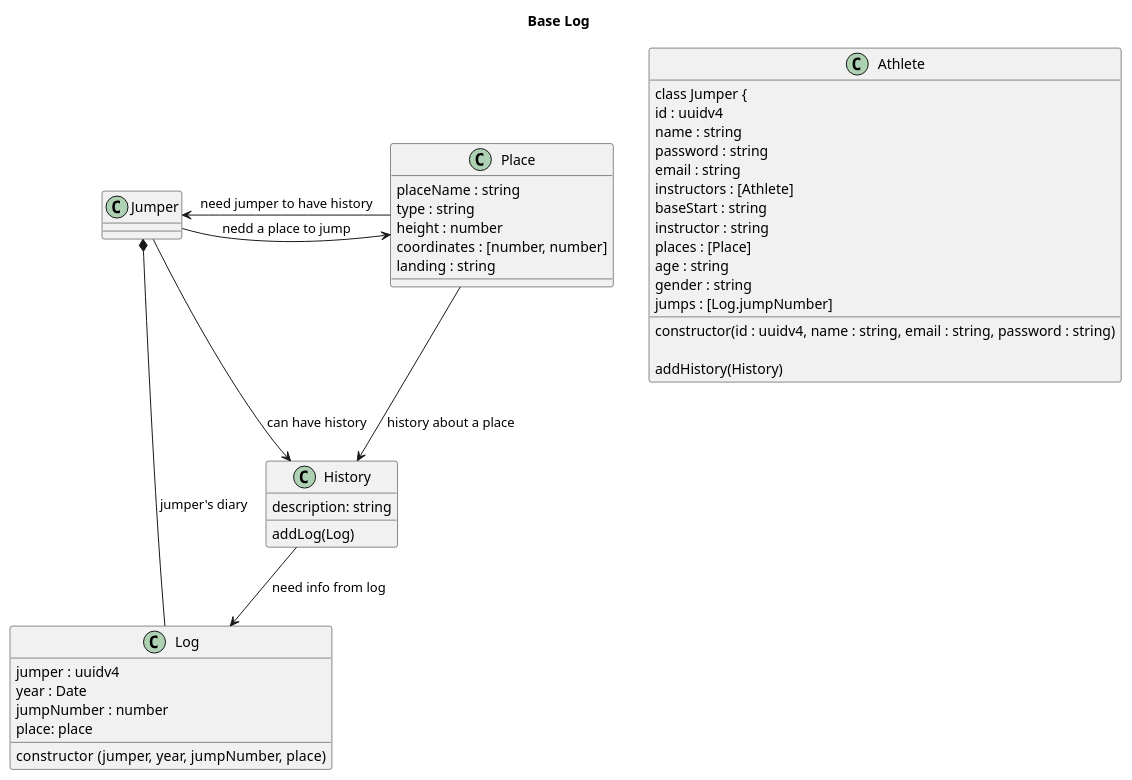
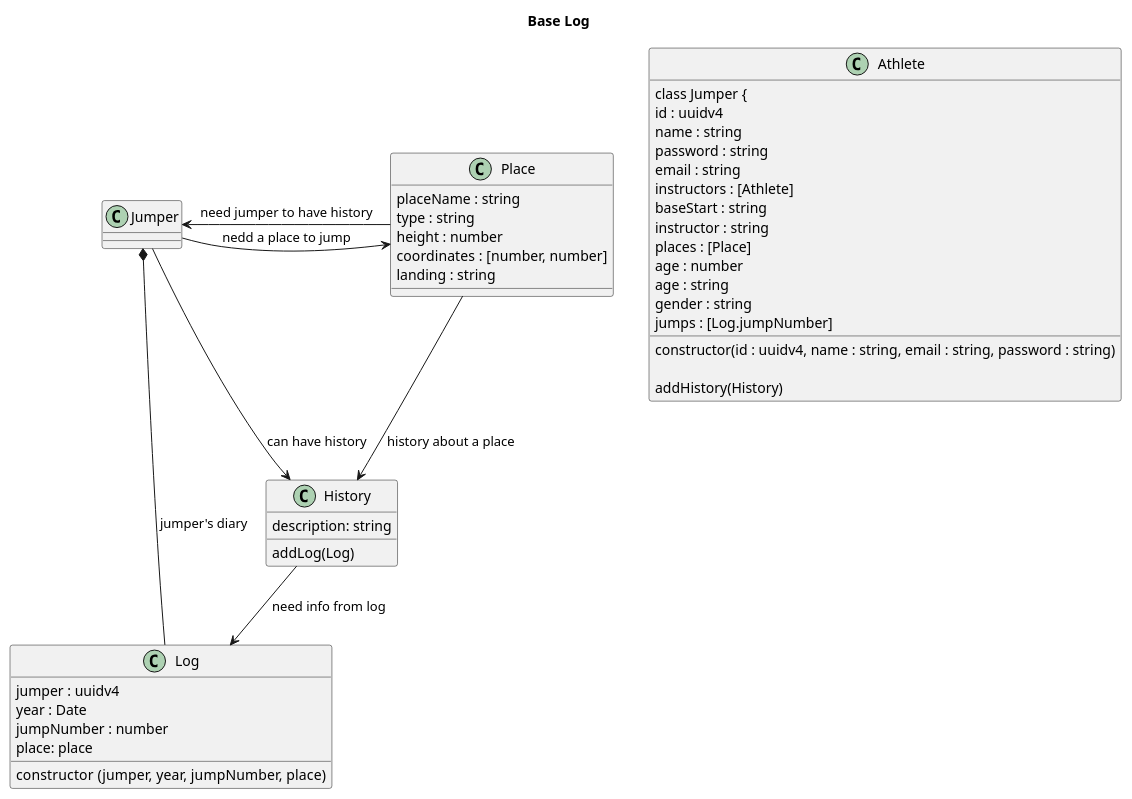
One commit to discombobulateme/webdoc changed the diagram in architecture/class.puml. Above: the diagram before and after it, drawn with PlantUML.

Commit message:
Change property age to be a Number

```diff
--- a/architecture/class.puml
+++ b/architecture/class.puml
@@ -1,64 +1,65 @@
 @startuml Base Log
 Title Base Log
 
 class Athlete {
 class Jumper {
 id : uuidv4
 name : string
 password : string
 email : string
 instructors : [Athlete]
 baseStart : string
 instructor : string
 places : [Place]
+age : number
 age : string
 gender : string
 jumps : [Log.jumpNumber]
 
 constructor(id : uuidv4, name : string, email : string, password : string)
 
 ' A jumper can have one or more histories
 addHistory(History)
 }
 
 ' Place is static, works on it's own
 class Place {
 placeName : string
 type : string
 height : number
 coordinates : [number, number]
 landing : string
 }
 
 ' History is what goes to the timeline
 class History {
 description: string
 ' Instead of repeating the Log infos
 addLog(Log)
 }
 
 class Log {
 jumper : uuidv4
 year : Date
 ' jumpNumber is a counter
 jumpNumber : number
 place: place
 
 constructor (jumper, year, jumpNumber, place)
 }
 
 ' Head *- Hand : composition
 ' Parent o-- IndependentChild : agregation
 ' Need --> Use : association
 
 Jumper -> Place : nedd a place to jump
 Jumper *- Log : jumper's diary
 Jumper -> History : can have history
 
 History --> Log : need info from log
 
 Place -> Jumper : need jumper to have history
 Place --> History : history about a place
 
 
 @enduml
```
